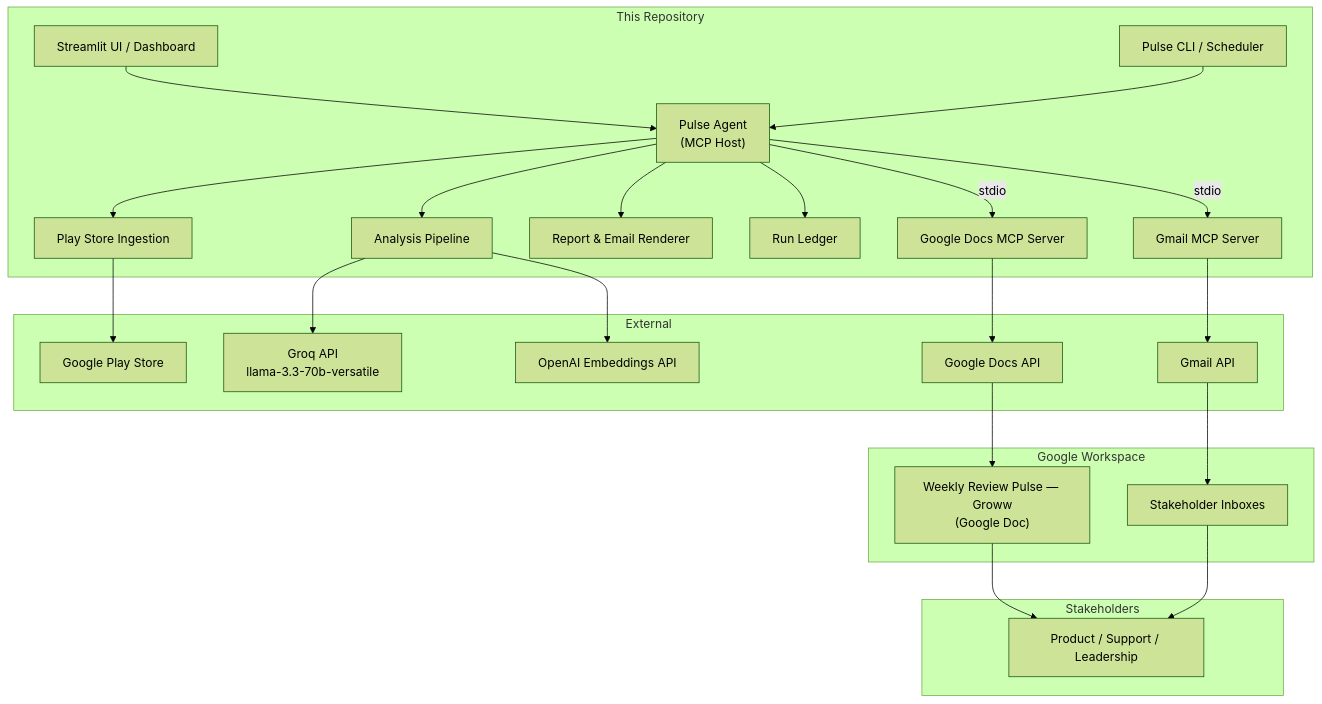
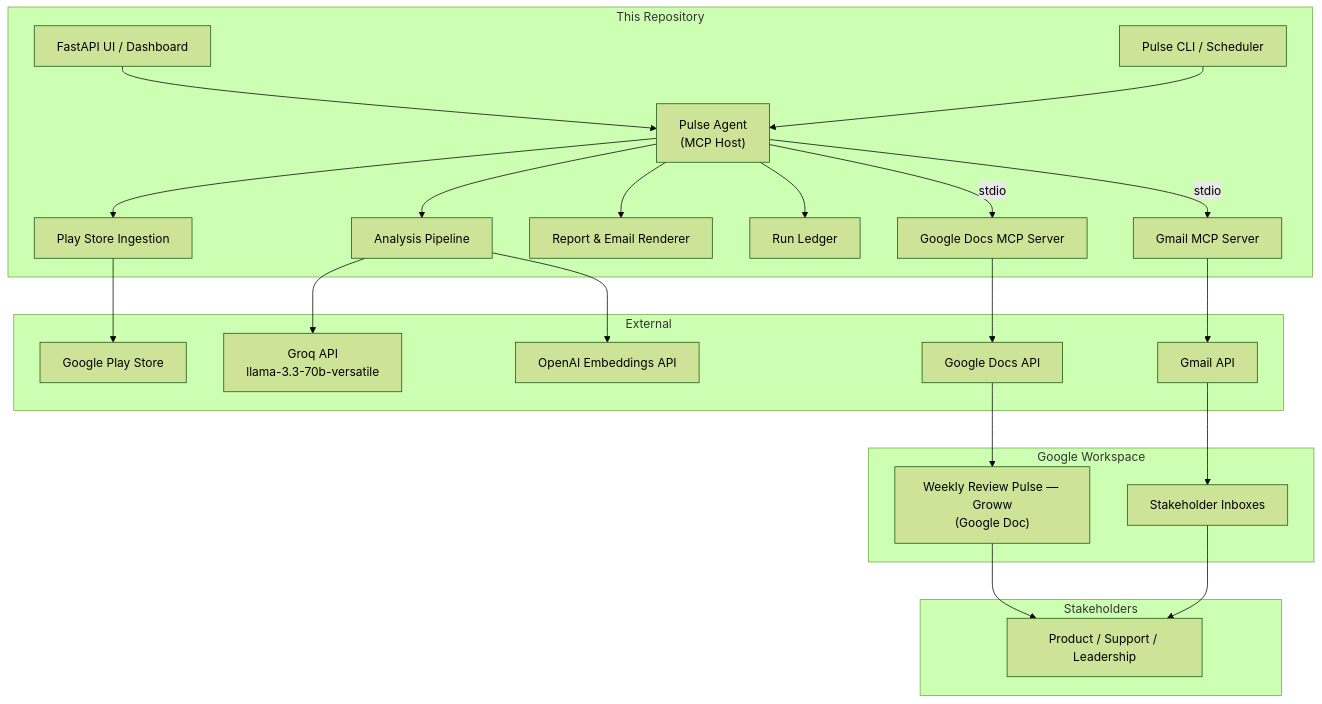
The first of 5 diagrams in docs/architecture.md (Shekhu07/Weekly_Pulse), drawn with Mermaid (forest theme) before and after one commit. The commit also changed 1 other file, not shown here.

Commit message:
docs: update implementation plan and architecture to reflect FastAPI migration

````diff
--- a/docs/architecture.md
+++ b/docs/architecture.md
@@ -25,51 +25,51 @@
 ```mermaid
 graph TB
     subgraph Stakeholders
         S1["Product / Support / Leadership"]
     end
 
     subgraph "This Repository"
-        UI["Streamlit UI / Dashboard"]
+        UI["FastAPI UI / Dashboard"]
         CLI["Pulse CLI / Scheduler"]
         Agent["Pulse Agent<br/>(MCP Host)"]
         Ingest["Play Store Ingestion"]
         Pipeline["Analysis Pipeline"]
         Renderer["Report & Email Renderer"]
         Ledger["Run Ledger"]
         DocsMCP["Google Docs MCP Server"]
         GmailMCP["Gmail MCP Server"]
     end
 
     subgraph External
         PlayStore["Google Play Store"]
         Groq["Groq API<br/>llama-3.3-70b-versatile"]
         OpenAI["OpenAI Embeddings API"]
         DocsAPI["Google Docs API"]
         GmailAPI["Gmail API"]
     end
 
     subgraph "Google Workspace"
         Doc["Weekly Review Pulse — Groww<br/>(Google Doc)"]
         Inbox["Stakeholder Inboxes"]
     end
 
     UI --> Agent
     CLI --> Agent
     Agent --> Ingest
     Agent --> Pipeline
     Agent --> Renderer
     Agent --> Ledger
 
     Ingest --> PlayStore
     Pipeline --> Groq
     Pipeline --> OpenAI
 
     Agent -- "stdio" --> DocsMCP
     Agent -- "stdio" --> GmailMCP
 
     DocsMCP --> DocsAPI --> Doc
     GmailMCP --> GmailAPI --> Inbox
 
     Doc --> S1
     Inbox --> S1
 ```
````
